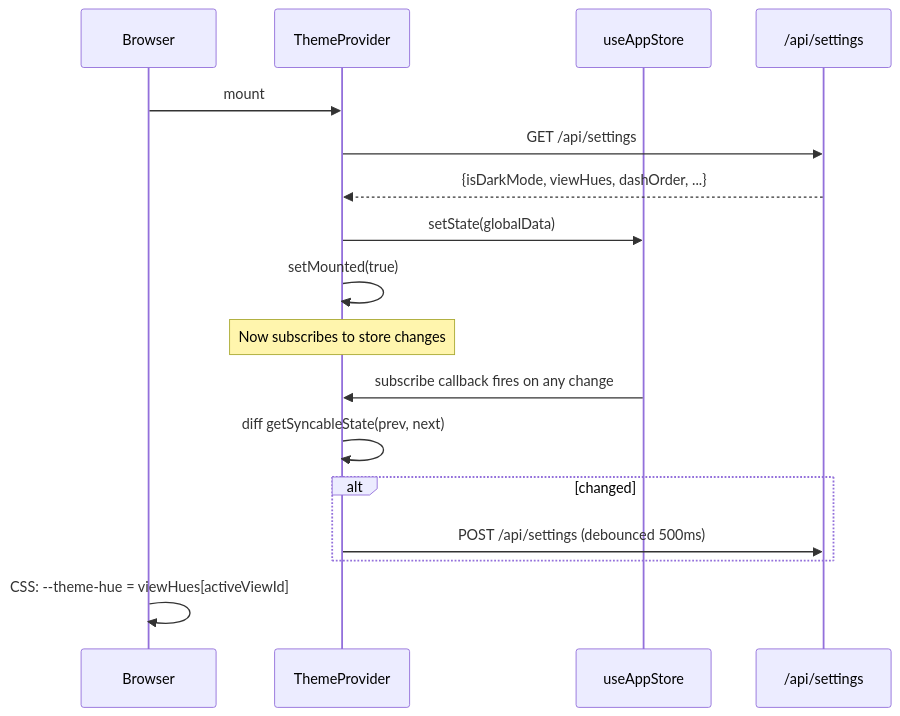
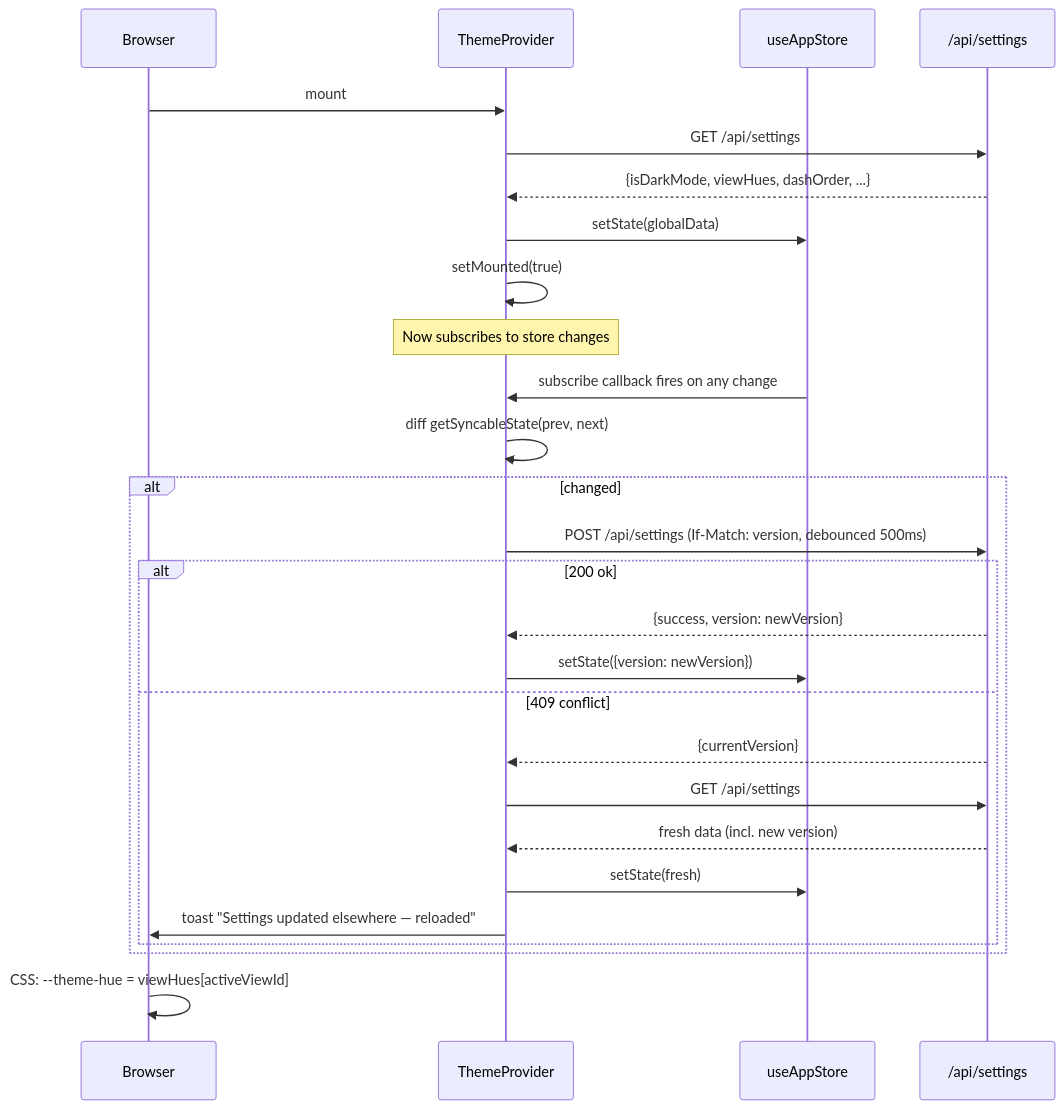
The eighth of 10 diagrams in docs/architecture.md (salsquared/mission-control), drawn with Mermaid before and after one commit. The commit also changed other lines of this file, not shown here.

First line of the commit message:
docs: refresh architecture.md to reflect MVP2 state

````diff
--- a/docs/architecture.md
+++ b/docs/architecture.md
@@ -645,20 +686,30 @@
 ```mermaid
 sequenceDiagram
     participant Browser
     participant TP as ThemeProvider
     participant Store as useAppStore
     participant API as /api/settings
 
     Browser->>TP: mount
     TP->>API: GET /api/settings
     API-->>TP: {isDarkMode, viewHues, dashOrder, ...}
     TP->>Store: setState(globalData)
     TP->>TP: setMounted(true)
     Note over TP: Now subscribes to store changes
     Store->>TP: subscribe callback fires on any change
     TP->>TP: diff getSyncableState(prev, next)
     alt changed
-        TP->>API: POST /api/settings (debounced 500ms)
+        TP->>API: POST /api/settings (If-Match: version, debounced 500ms)
+        alt 200 ok
+            API-->>TP: {success, version: newVersion}
+            TP->>Store: setState({version: newVersion})
+        else 409 conflict
+            API-->>TP: {currentVersion}
+            TP->>API: GET /api/settings
+            API-->>TP: fresh data (incl. new version)
+            TP->>Store: setState(fresh)
+            TP->>Browser: toast "Settings updated elsewhere — reloaded"
+        end
     end
     Browser->>Browser: CSS: --theme-hue = viewHues[activeViewId]
 ```
````
